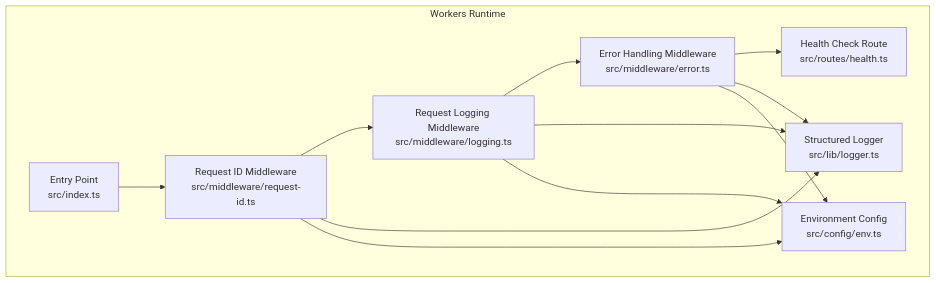
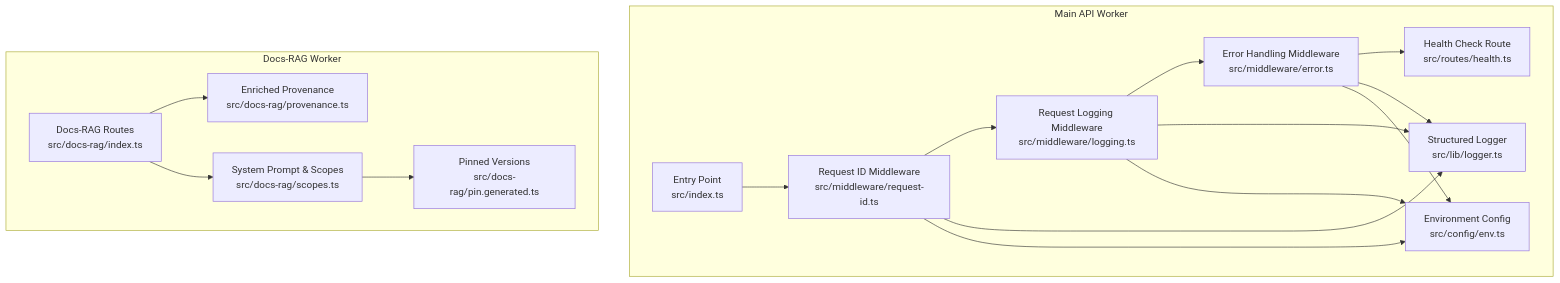
One commit to MesilimLLC/api.trackdub changed the first of 3 diagrams in .qoder/repowiki/en/content/Deployment Guide/Monitoring and Observability/Monitoring and Observability.md. Above: the diagram before and after it, drawn with Mermaid. The commit also changed other lines of this file and 48 other files, not shown here.

````diff
--- a/.qoder/repowiki/en/content/Deployment Guide/Monitoring and Observability/Monitoring and Observability.md
+++ b/.qoder/repowiki/en/content/Deployment Guide/Monitoring and Observability/Monitoring and Observability.md
@@ -39,22 +53,31 @@
 ```mermaid
 graph TB
-subgraph "Workers Runtime"
+subgraph "Main API Worker"
 Entry["Entry Point<br/>src/index.ts"]
 MWLogging["Request Logging Middleware<br/>src/middleware/logging.ts"]
 MWError["Error Handling Middleware<br/>src/middleware/error.ts"]
 MWReqID["Request ID Middleware<br/>src/middleware/request-id.ts"]
 HealthRoute["Health Check Route<br/>src/routes/health.ts"]
 Logger["Structured Logger<br/>src/lib/logger.ts"]
 EnvConfig["Environment Config<br/>src/config/env.ts"]
+end
+subgraph "Docs-RAG Worker"
+DocsIndex["Docs-RAG Routes<br/>src/docs-rag/index.ts"]
+DocsProvenance["Enriched Provenance<br/>src/docs-rag/provenance.ts"]
+DocsScopes["System Prompt & Scopes<br/>src/docs-rag/scopes.ts"]
+DocsPin["Pinned Versions<br/>src/docs-rag/pin.generated.ts"]
 end
 Entry --> MWReqID
 MWReqID --> MWLogging
 MWLogging --> MWError
 MWError --> HealthRoute
 MWLogging --> Logger
 MWError --> Logger
 MWReqID --> Logger
 MWLogging --> EnvConfig
 MWError --> EnvConfig
 MWReqID --> EnvConfig
+DocsIndex --> DocsProvenance
+DocsIndex --> DocsScopes
+DocsScopes --> DocsPin
 ```
````
